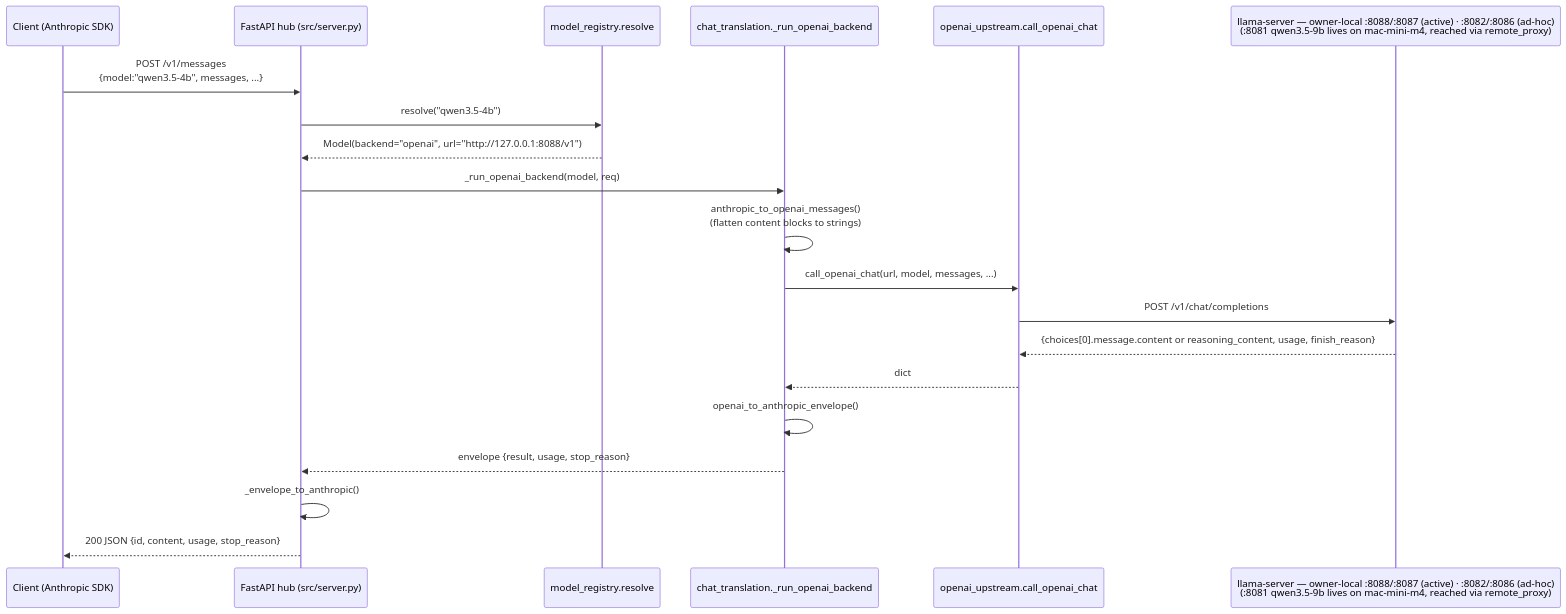
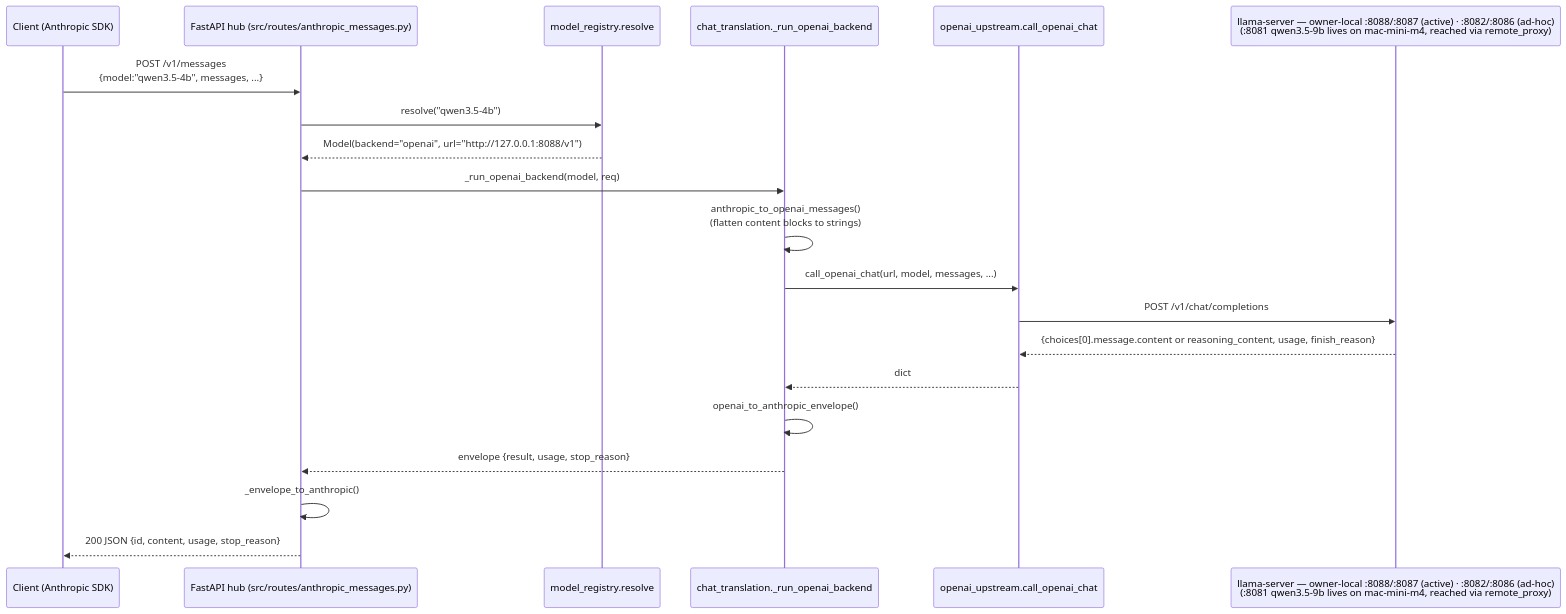
The third of 4 diagrams in docs/project-structure.md (ferraroroberto/local-llm-hub), drawn with Mermaid before and after one commit. The commit also changed other lines of this file and 211 other files, not shown here.

````diff
--- a/docs/project-structure.md
+++ b/docs/project-structure.md
@@ -97,23 +97,23 @@
 ```mermaid
 sequenceDiagram
     participant C as Client (Anthropic SDK)
-    participant F as FastAPI hub (src/server.py)
+    participant F as FastAPI hub (src/routes/anthropic_messages.py)
     participant R as model_registry.resolve
     participant T as chat_translation._run_openai_backend
     participant U as openai_upstream.call_openai_chat
     participant L as llama-server — owner-local :8088/:8087 (active) · :8082/:8086 (ad-hoc)<br/>(:8081 qwen3.5-9b lives on mac-mini-m4, reached via remote_proxy)
 
     C->>F: POST /v1/messages<br/>{model:"qwen3.5-4b", messages, ...}
     F->>R: resolve("qwen3.5-4b")
     R-->>F: Model(backend="openai", url="http://127.0.0.1:8088/v1")
     F->>T: _run_openai_backend(model, req)
     T->>T: anthropic_to_openai_messages()<br/>(flatten content blocks to strings)
     T->>U: call_openai_chat(url, model, messages, ...)
     U->>L: POST /v1/chat/completions
     L-->>U: {choices[0].message.content or reasoning_content, usage, finish_reason}
     U-->>T: dict
     T->>T: openai_to_anthropic_envelope()
     T-->>F: envelope {result, usage, stop_reason}
     F->>F: _envelope_to_anthropic()
     F-->>C: 200 JSON {id, content, usage, stop_reason}
 ```
````
